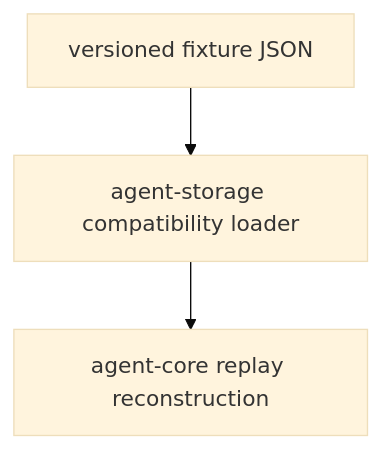
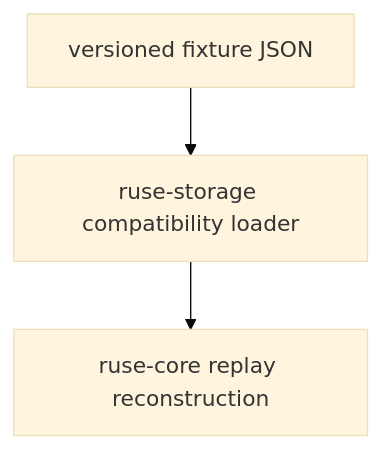
One commit to poneding/agent changed the diagram in docs/specs/M04-05-replay-compatibility.spec.md. Above: the diagram before and after it, drawn with Mermaid (base theme). The commit also changed other lines of this file and 2091 other files, not shown here.

First line of the commit message:
refactor: rename agent branding to ruse

````diff
--- a/docs/specs/M04-05-replay-compatibility.spec.md
+++ b/docs/specs/M04-05-replay-compatibility.spec.md
@@ -30,5 +30,5 @@
 ```mermaid
 flowchart TD
-  fixture["versioned fixture JSON"] --> agent_storage["agent-storage compatibility loader"]
-  agent_storage --> agent_core["agent-core replay reconstruction"]
+  fixture["versioned fixture JSON"] --> ruse_storage["ruse-storage compatibility loader"]
+  ruse_storage --> ruse_core["ruse-core replay reconstruction"]
 ```
````
